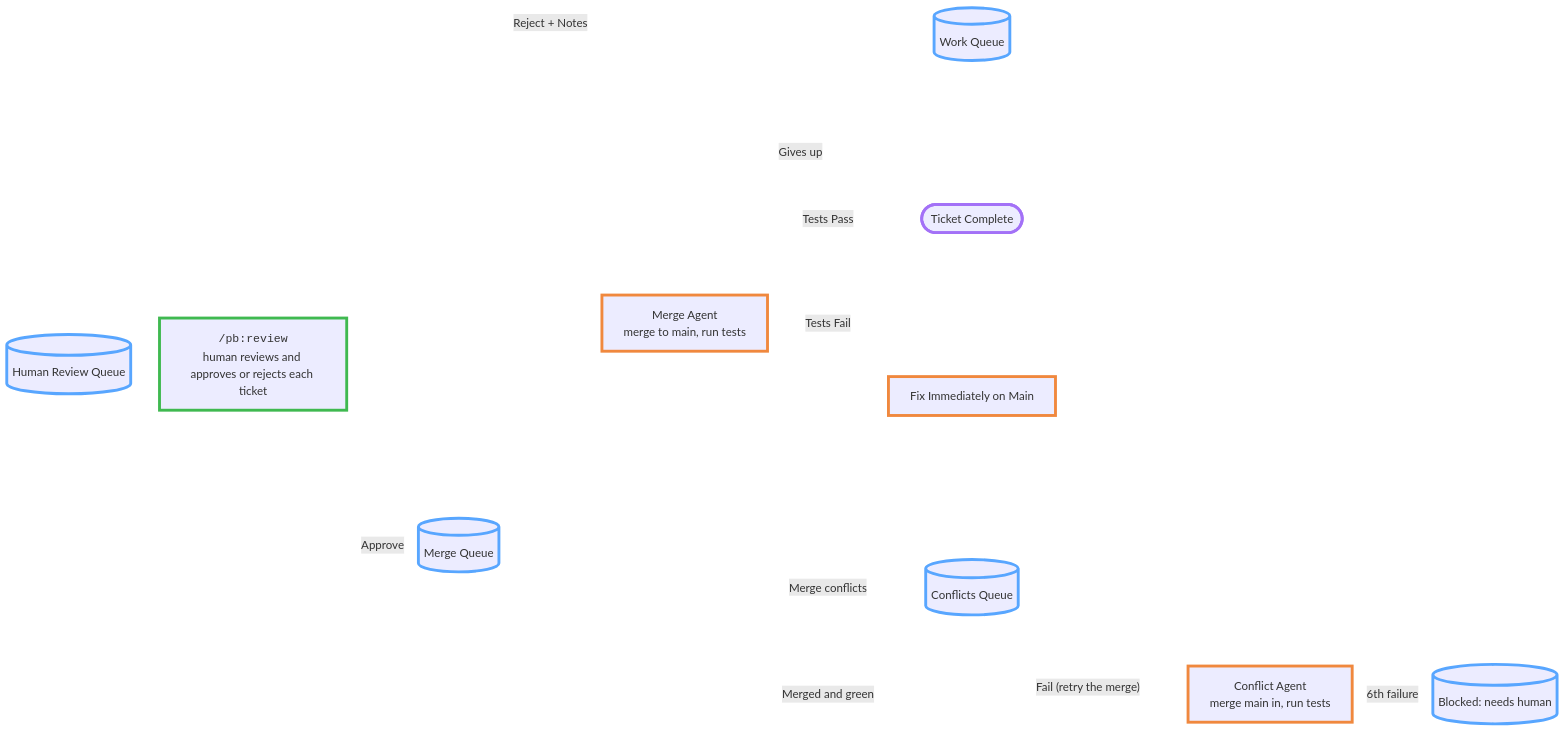
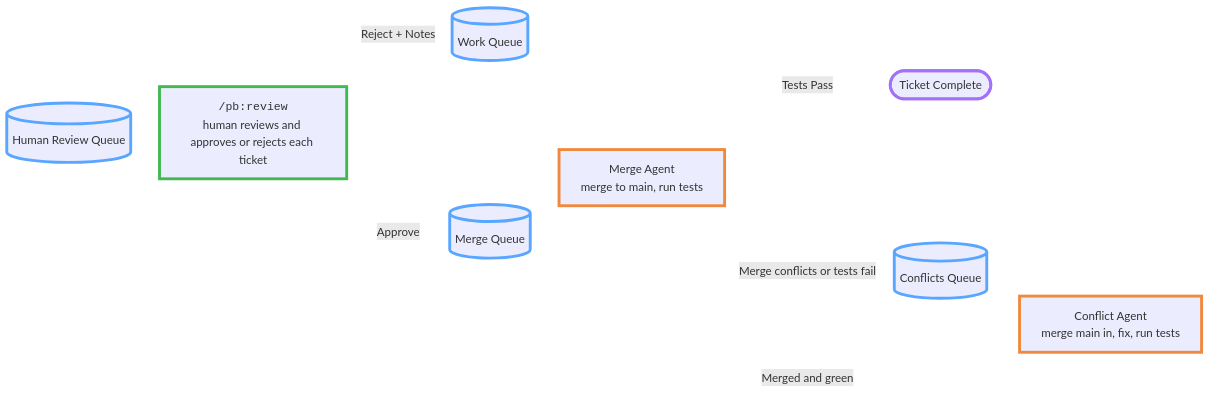
The diagram in images/handbook/pipeline-human-review.mmd (ashleydavis/playbook), drawn with Mermaid before and after one commit. The commit also changed 76 other files, not shown here.

```diff
--- a/images/handbook/pipeline-human-review.mmd
+++ b/images/handbook/pipeline-human-review.mmd
@@ -1,27 +1,22 @@
 %%{init: {'layout': 'dagre', 'flowchart': {'nodeSpacing': 200, 'rankSpacing': 40}, 'themeVariables': {'lineColor': '#ffffff'}, 'themeCSS': '.edgeLabel p { padding: 4px 8px; }'}}%%
 flowchart LR
     HR[("Human Review Queue")] --> VIEW
 
     VIEW["<span style='font-family:monospace'>/pb:review</span><br/>human reviews and approves or rejects each ticket"]
 
     VIEW -->|Reject + Notes| WQ[("Work Queue")]
     VIEW -->|Approve| MQ[("Merge Queue")]
     MQ --> MA["Merge Agent<br/>merge to main, run tests"]
     MA -->|Tests Pass| DONE(["Ticket Complete"])
-    MA -->|Tests Fail| FIX["Fix Immediately on Main"]
-    FIX --> MA
-    MA -->|"Gives up"| WQ
-    MA -->|"Merge conflicts"| CQ[("Conflicts Queue")]
-    CQ --> CA["Conflict Agent<br/>merge main in, run tests"]
+    MA -->|"Merge conflicts or tests fail"| CQ[("Conflicts Queue")]
+    CQ --> CA["Conflict Agent<br/>merge main in, fix, run tests"]
     CA -->|"Merged and green"| MQ
-    CA -->|"Fail (retry the merge)"| CQ
-    CA -->|"6th failure"| BLK[("Blocked: needs human")]
     classDef queue stroke:#58a6ff,stroke-width:4px
-    class HR,WQ,MQ,CQ,BLK queue
+    class HR,WQ,MQ,CQ queue
     classDef human stroke:#3fb950,stroke-width:4px
     classDef agent stroke:#f0883e,stroke-width:4px
     class VIEW human
-    class MA,FIX,CA agent
+    class MA,CA agent
     classDef done stroke:#a371f7,stroke-width:4px
     class DONE done
     linkStyle default stroke:#ffffff,stroke-width:2px
```
